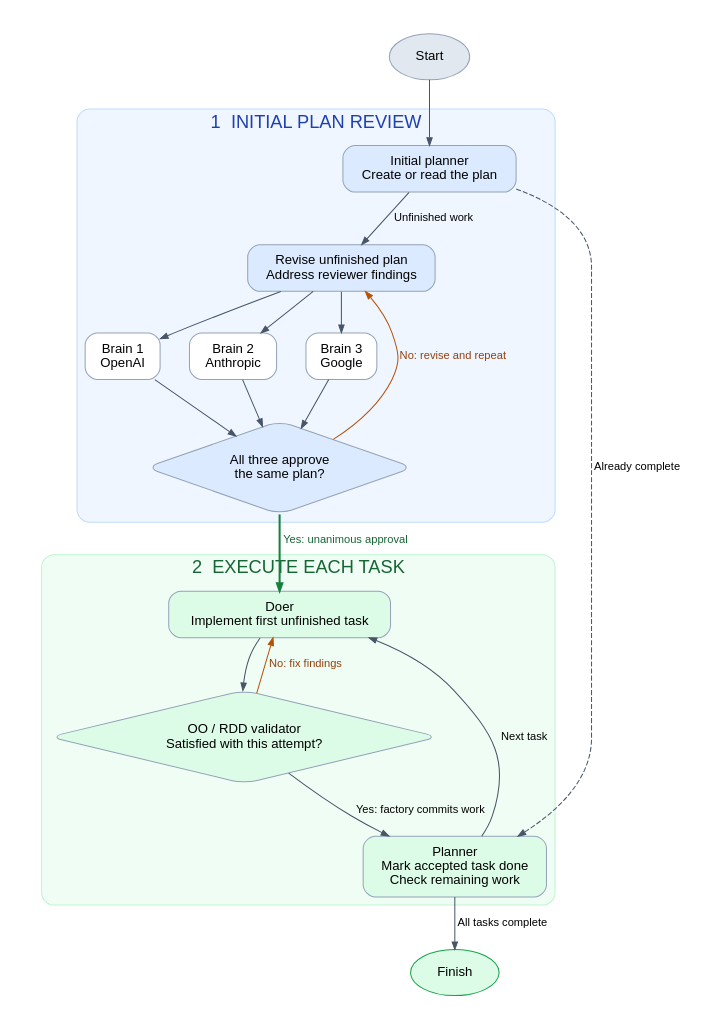
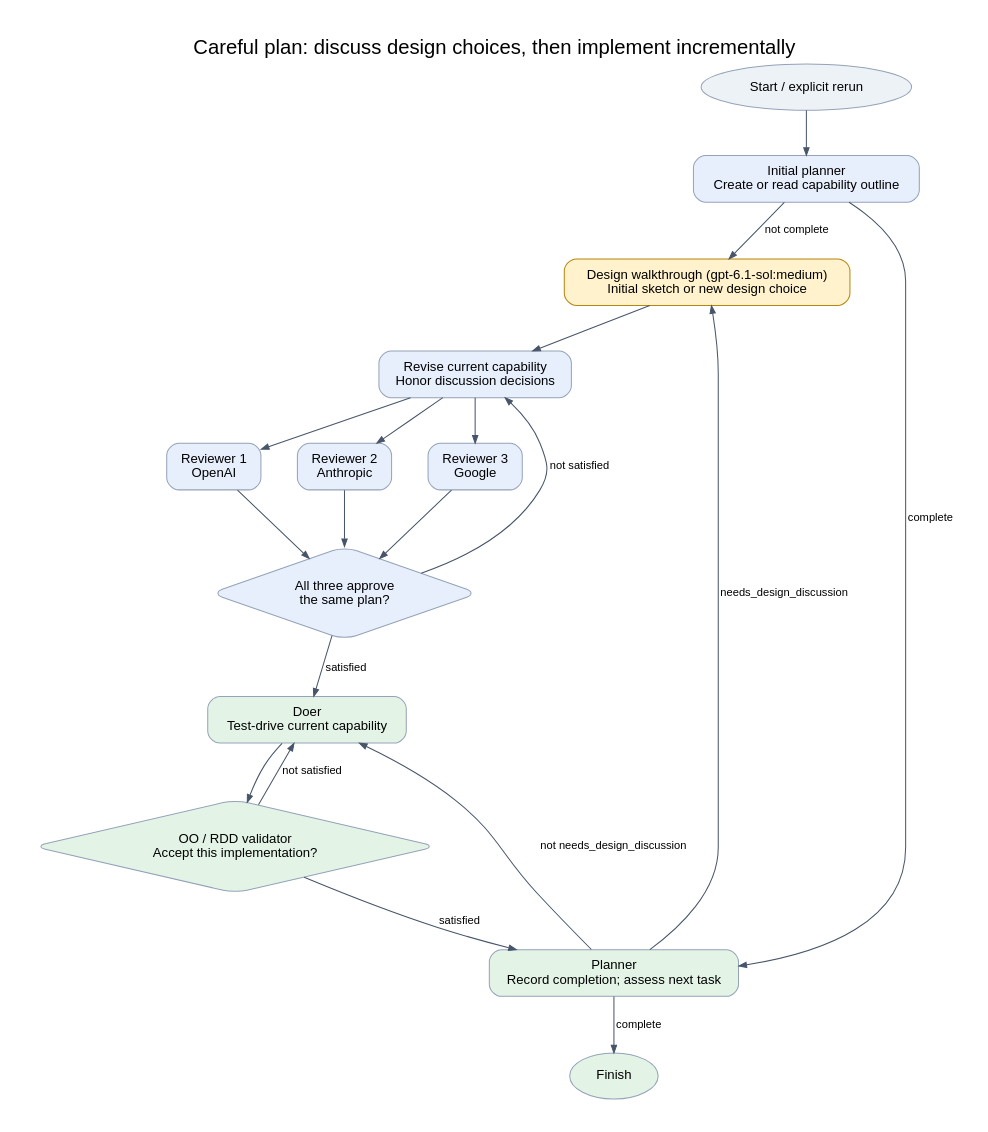
Before and after one commit to rwestgeest/libby: the diagram in docs/assets/careful-plan-process.dot, drawn with Graphviz. The commit also changed 12 other files, not shown here.

```diff
--- a/docs/assets/careful-plan-process.dot
+++ b/docs/assets/careful-plan-process.dot
@@ -1,39 +1,36 @@
 digraph careful_plan {
-  graph [rankdir=TB, bgcolor="#ffffff", pad="0.35", nodesep="0.4", ranksep="0.55", fontname="sans-serif", fontsize=18, compound=true]
-  node [shape=box, style="rounded,filled", fillcolor="#f1f5f9", color="#94a3b8", fontname="sans-serif", fontsize=13, margin="0.18,0.12"]
+  graph [rankdir=TB, bgcolor="#ffffff", pad="0.35", nodesep="0.5", ranksep="0.6", fontname="sans-serif", label="Careful plan: discuss design choices, then implement incrementally", labelloc=t, fontsize=20]
+  node [shape=box, style="rounded,filled", fillcolor="#edf2f7", color="#94a3b8", fontname="sans-serif", fontsize=13, margin="0.18,0.12"]
   edge [fontname="sans-serif", fontsize=11, color="#475569", arrowsize=0.75]
-  start [label="Start", shape=oval, fillcolor="#e2e8f0"]
-  finish [label="Finish", shape=oval, fillcolor="#dcfce7", color="#16a34a"]
-  subgraph cluster_planning {
-    label="1  INITIAL PLAN REVIEW"; style="rounded,filled"; color="#bfdbfe"; fillcolor="#eff6ff"; fontcolor="#1e40af";
-    initial [label="Initial planner\nCreate or read the plan", fillcolor="#dbeafe"]
-    revision [label="Revise unfinished plan\nAddress reviewer findings", fillcolor="#dbeafe"]
-    r1 [label="Brain 1\nOpenAI", fillcolor="#ffffff"]
-    r2 [label="Brain 2\nAnthropic", fillcolor="#ffffff"]
-    r3 [label="Brain 3\nGoogle", fillcolor="#ffffff"]
-    {rank=same; r1; r2; r3}
-    consensus [label="All three approve\nthe same plan?", shape=diamond, fillcolor="#dbeafe"]
-    initial -> revision [label="Unfinished work"]
-    revision -> r1
-    revision -> r2
-    revision -> r3
-    r1 -> consensus
-    r2 -> consensus
-    r3 -> consensus
-    consensus -> revision [label="No: revise and repeat", color="#b45309", fontcolor="#92400e"]
-  }
-  subgraph cluster_execution {
-    label="2  EXECUTE EACH TASK"; style="rounded,filled"; color="#bbf7d0"; fillcolor="#f0fdf4"; fontcolor="#166534";
-    doer [label="Doer\nImplement first unfinished task", fillcolor="#dcfce7"]
-    validator [label="OO / RDD validator\nSatisfied with this attempt?", shape=diamond, fillcolor="#dcfce7"]
-    planner [label="Planner\nMark accepted task done\nCheck remaining work", fillcolor="#dcfce7"]
-    doer -> validator
-    validator -> doer [label="No: fix findings", color="#b45309", fontcolor="#92400e"]
-    validator -> planner [label="Yes: factory commits work"]
-    planner -> doer [label="Next task"]
-  }
-  start -> initial
-  initial -> planner [label="Already complete", style=dashed]
-  consensus -> doer [label="Yes: unanimous approval", color="#15803d", fontcolor="#166534", penwidth=2]
-  planner -> finish [label="All tasks complete"]
+  start [label="Start / explicit rerun", shape=oval]
+  plan_initializer [label="Initial planner\nCreate or read capability outline", fillcolor="#e7effc", URL="../careful-plan-process.md#plan-initializer", tooltip="plan_initializer: instructions and role"]
+  design_walkthrough [label="Design walkthrough (gpt-6.1-sol:medium)\nInitial sketch or new design choice", fillcolor="#fff2cd", color="#b8860b", URL="../careful-plan-process.md#design-walkthrough", tooltip="design_walkthrough: instructions and role"]
+  plan_revision [label="Revise current capability\nHonor discussion decisions", fillcolor="#e7effc", URL="../careful-plan-process.md#plan-revision", tooltip="plan_revision: instructions and role"]
+  plan_reviewer_1 [label="Reviewer 1\nOpenAI", fillcolor="#e7effc", URL="../careful-plan-process.md#plan-reviewer-1", tooltip="plan_reviewer_1: instructions and role"]
+  plan_reviewer_2 [label="Reviewer 2\nAnthropic", fillcolor="#e7effc", URL="../careful-plan-process.md#plan-reviewer-2", tooltip="plan_reviewer_2: instructions and role"]
+  plan_reviewer_3 [label="Reviewer 3\nGoogle", fillcolor="#e7effc", URL="../careful-plan-process.md#plan-reviewer-3", tooltip="plan_reviewer_3: instructions and role"]
+  plan_consensus [label="All three approve\nthe same plan?", shape=diamond, fillcolor="#e7effc", URL="../careful-plan-process.md#plan-consensus", tooltip="plan_consensus: instructions and role"]
+  doer [label="Doer\nTest-drive current capability", fillcolor="#e3f4e7", URL="../careful-plan-process.md#doer", tooltip="doer: instructions and role"]
+  rdd_validator [label="OO / RDD validator\nAccept this implementation?", shape=diamond, fillcolor="#e3f4e7", URL="../careful-plan-process.md#rdd-validator", tooltip="rdd_validator: instructions and role"]
+  planner [label="Planner\nRecord completion; assess next task", fillcolor="#e3f4e7", URL="../careful-plan-process.md#planner", tooltip="planner: instructions and role"]
+  finish [label="Finish", shape=oval, fillcolor="#e3f4e7"]
+  {rank=same; plan_reviewer_1; plan_reviewer_2; plan_reviewer_3}
+  start -> plan_initializer
+  plan_initializer -> design_walkthrough [label="not complete"]
+  design_walkthrough -> plan_revision
+  plan_initializer -> planner [label="complete"]
+  planner -> finish [label="complete"]
+  planner -> design_walkthrough [label="needs_design_discussion"]
+  planner -> doer [label="not needs_design_discussion"]
+  plan_revision -> plan_reviewer_1
+  plan_revision -> plan_reviewer_2
+  plan_revision -> plan_reviewer_3
+  plan_reviewer_1 -> plan_consensus
+  plan_reviewer_2 -> plan_consensus
+  plan_reviewer_3 -> plan_consensus
+  plan_consensus -> plan_revision [label="not satisfied"]
+  plan_consensus -> doer [label="satisfied"]
+  doer -> rdd_validator
+  rdd_validator -> doer [label="not satisfied"]
+  rdd_validator -> planner [label="satisfied"]
 }
```
